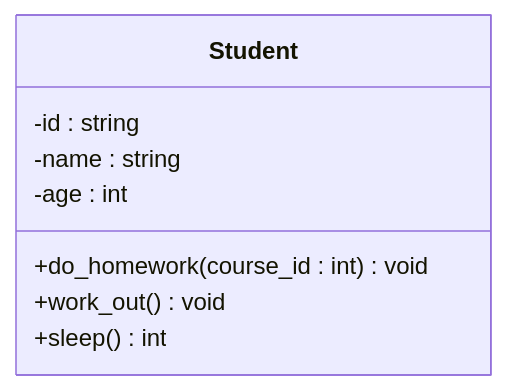
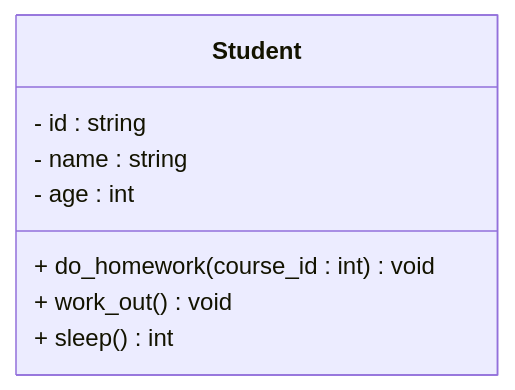
The first of 7 diagrams in assets/notes/OO-Starter/chapter2/2.UML与类图.md (ZbynekCoder/ZbynekCoder.github.io), drawn with Mermaid before and after one commit. The commit also changed other lines of this file, not shown here.

````diff
--- a/assets/notes/OO-Starter/chapter2/2.UML与类图.md
+++ b/assets/notes/OO-Starter/chapter2/2.UML与类图.md
@@ -119,11 +121,11 @@
 ```mermaid
 classDiagram
-    class Student{
-        -id : string
-    	-name : string
-    	-age : int
-        +do_homework(course_id : int) void
-        +work_out() void
-        +sleep() int
-    }
+class Student{
+    - id : string
+    - name : string
+    - age : int
+    + do_homework(course_id : int) void
+    + work_out() void
+    + sleep() int
+}
 ```
````
